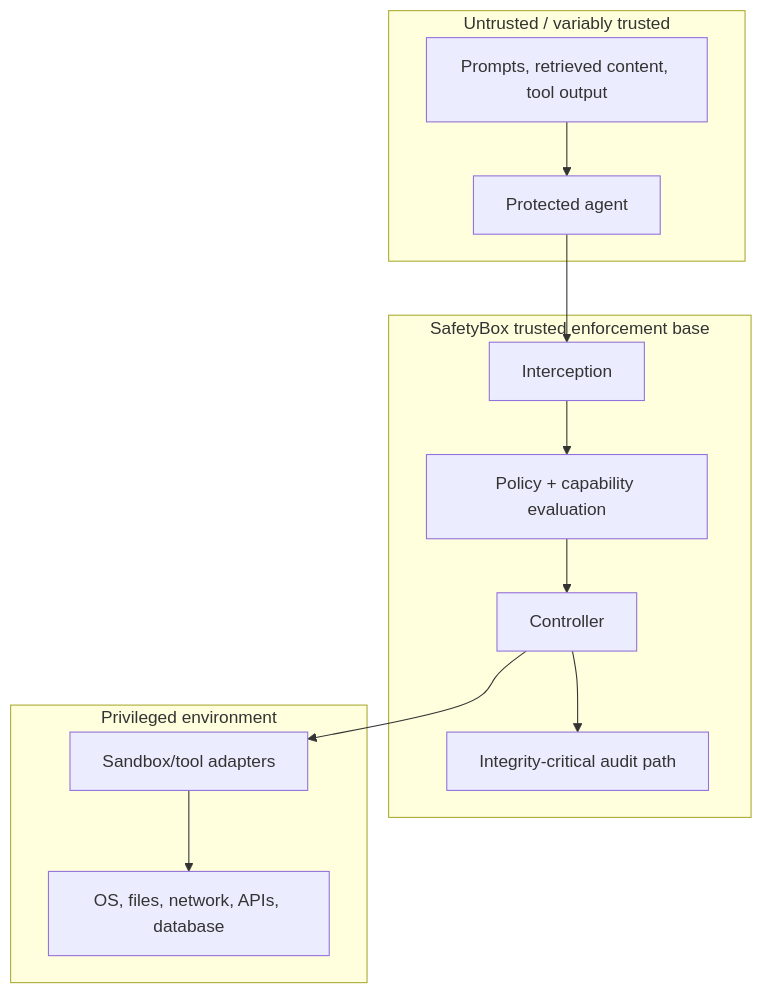
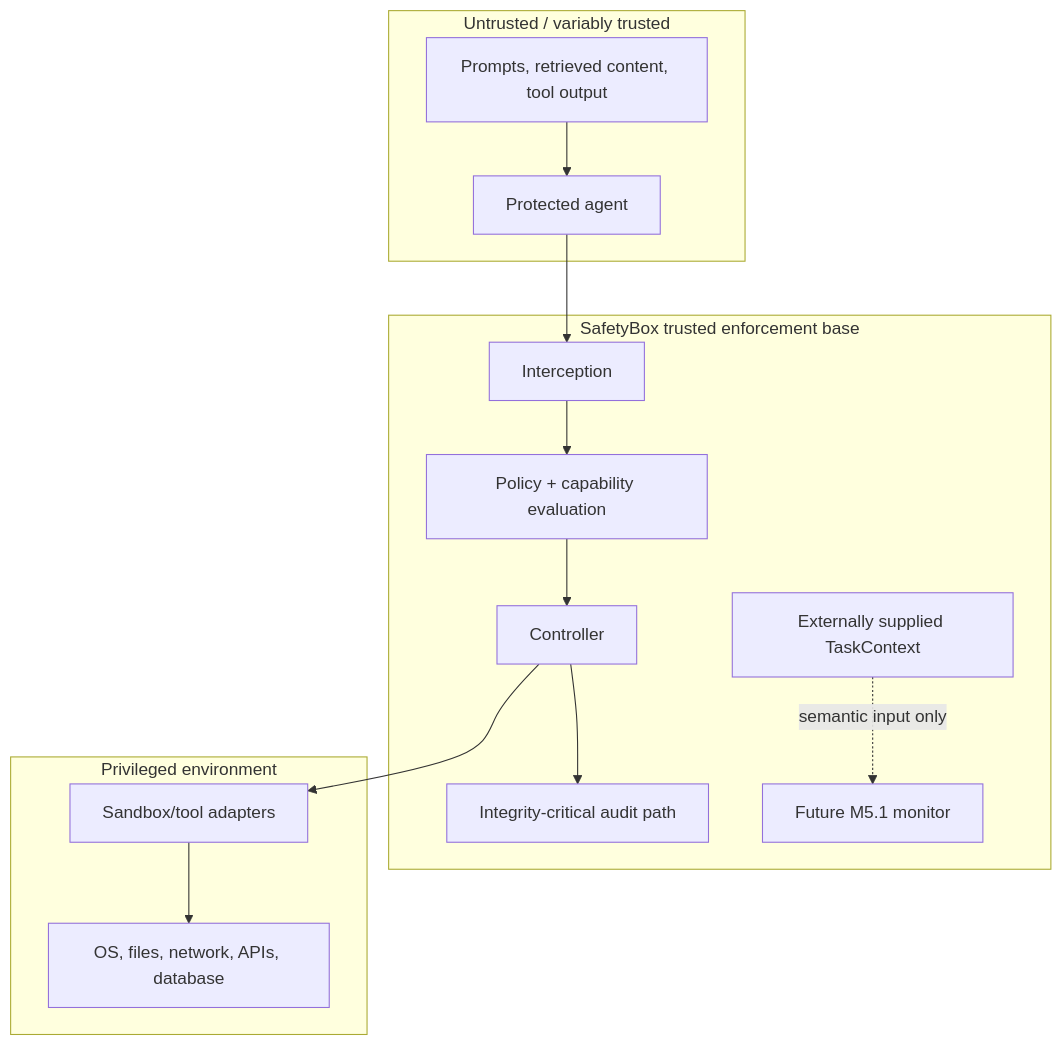
The diagram in docs/architecture/THREAT_BOUNDARIES.md (sujanaacharya/safetybox), drawn with Mermaid before and after one commit. The commit also changed other lines of this file and 16 other files, not shown here.

Commit message:
feat: add deterministic trusted task context model

````diff
--- a/docs/architecture/THREAT_BOUNDARIES.md
+++ b/docs/architecture/THREAT_BOUNDARIES.md
@@ -5,21 +5,24 @@
 ```mermaid
 flowchart TB
   subgraph U[Untrusted / variably trusted]
     Agent[Protected agent]
     Content[Prompts, retrieved content, tool output]
   end
   subgraph T[SafetyBox trusted enforcement base]
     Intercept[Interception]
     Policy[Policy + capability evaluation]
     Controller[Controller]
     Audit[Integrity-critical audit path]
+    Context[Externally supplied TaskContext]
+    FutureMonitor[Future M5.1 monitor]
   end
   subgraph P[Privileged environment]
     Adapters[Sandbox/tool adapters]
     Resources[OS, files, network, APIs, database]
   end
   Agent --> Intercept
   Content --> Agent
   Intercept --> Policy --> Controller --> Adapters --> Resources
   Controller --> Audit
+  Context -. semantic input only .-> FutureMonitor
 ```
````
